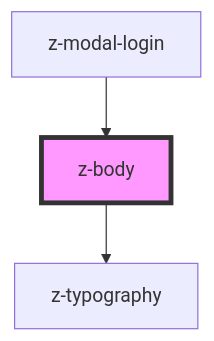
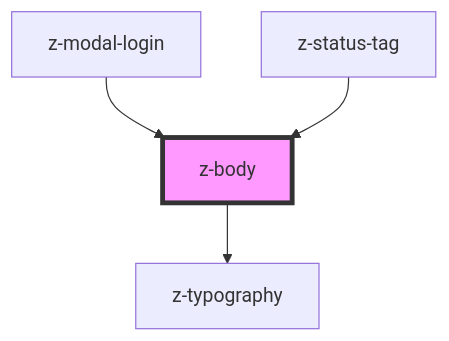
Before and after one commit to ZanichelliEditore/design-system: the diagram in src/components/typography/z-body/readme.md, drawn with Mermaid. The commit also changed other lines of this file and 6 other files, not shown here.

Commit message:
feat(CLAV-44): add style to z-status-tag component

````diff
--- a/src/components/typography/z-body/readme.md
+++ b/src/components/typography/z-body/readme.md
@@ -26,6 +27,7 @@
 ```mermaid
 graph TD;
   z-body --> z-typography
   z-modal-login --> z-body
+  z-status-tag --> z-body
   style z-body fill:#f9f,stroke:#333,stroke-width:4px
 ```
````
